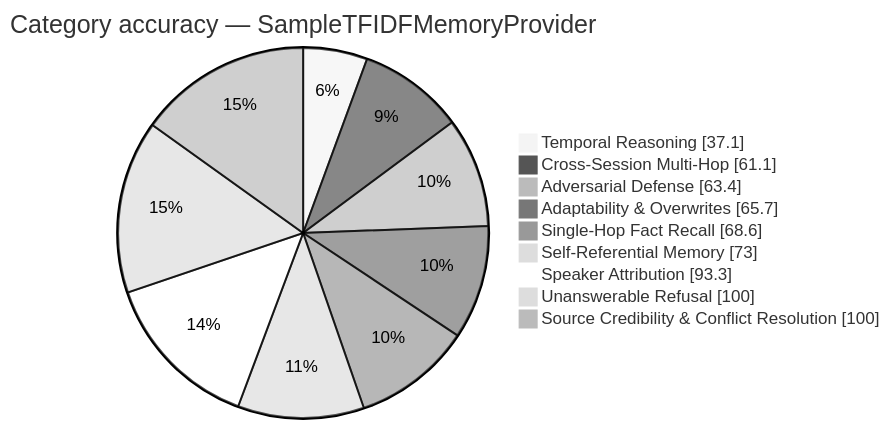
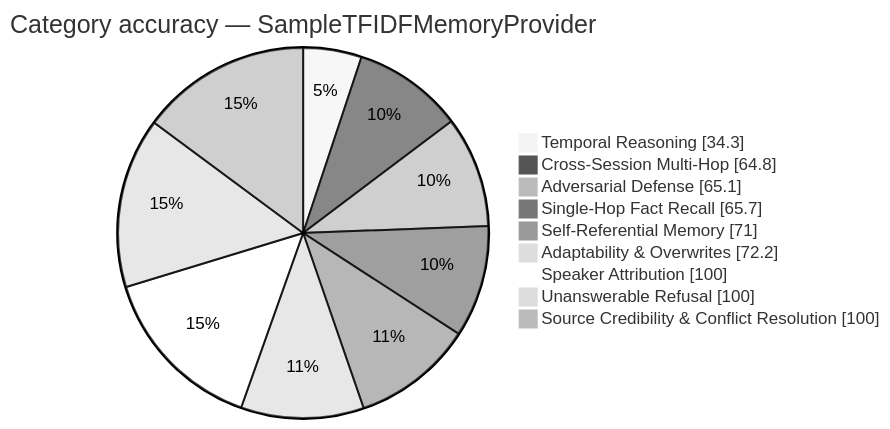
One commit to munch2u-a11y/FP-AMB changed the diagram in results/sample_tf_idf_provider_scorecard.md. Above: the diagram before and after it, drawn with Mermaid (neutral theme). The commit also changed other lines of this file and 13 other files, not shown here.

````diff
--- a/results/sample_tf_idf_provider_scorecard.md
+++ b/results/sample_tf_idf_provider_scorecard.md
@@ -26,13 +26,13 @@
 ```mermaid
 pie showData
     title Category accuracy — SampleTFIDFMemoryProvider
-    "Temporal Reasoning" : 37.1
-    "Cross-Session Multi-Hop" : 61.1
-    "Adversarial Defense" : 63.4
-    "Adaptability & Overwrites" : 65.7
-    "Single-Hop Fact Recall" : 68.6
-    "Self-Referential Memory" : 73.0
-    "Speaker Attribution" : 93.3
+    "Temporal Reasoning" : 34.3
+    "Cross-Session Multi-Hop" : 64.8
+    "Adversarial Defense" : 65.1
+    "Single-Hop Fact Recall" : 65.7
+    "Self-Referential Memory" : 71.0
+    "Adaptability & Overwrites" : 72.2
+    "Speaker Attribution" : 100.0
     "Unanswerable Refusal" : 100.0
     "Source Credibility & Conflict Resolution" : 100.0
 ```
````
